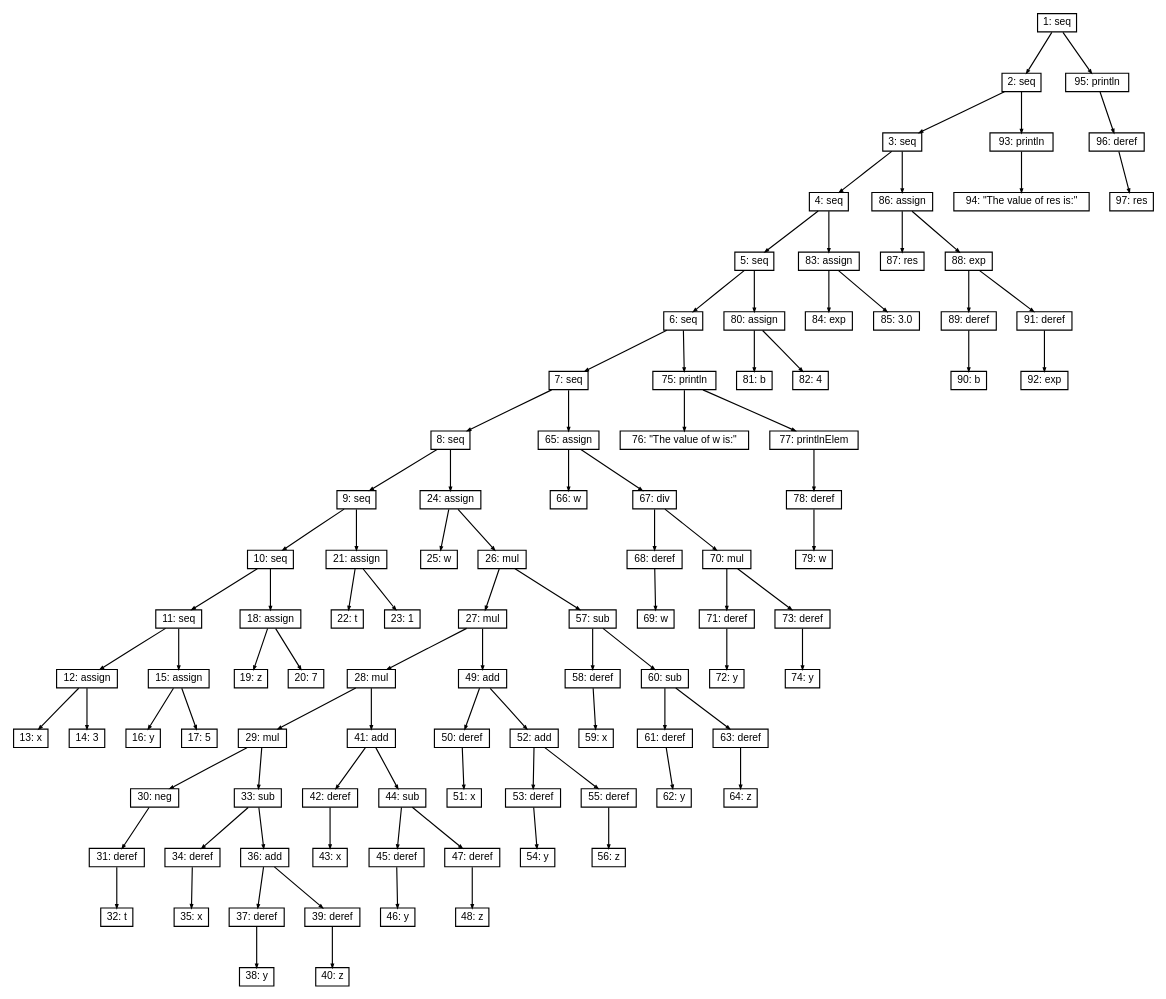
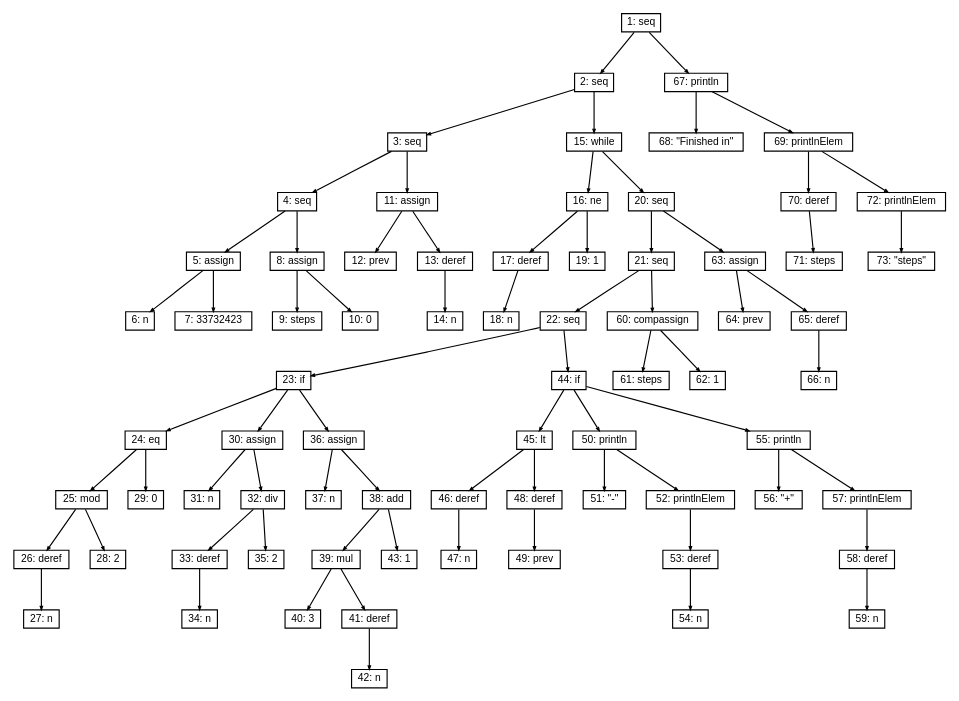
Before and after one commit to LemuelKL/HolloRay: the diagram in rdt.dot, drawn with Graphviz. The commit also changed 11 other files, not shown here.

```diff
--- a/rdt.dot
+++ b/rdt.dot
@@ -1,199 +1,151 @@
 digraph "RDT" {
 node[fontname=Helvetica fontsize=9 shape=box height = 0 width = 0 margin= 0.04]
 graph[ordering=out]
 edge[arrowsize = 0.3]
 
 "1"  [label="1: seq"]
 "1"->"2"
 "2"  [label="2: seq"]
 "2"->"3"
 "3"  [label="3: seq"]
 "3"->"4"
 "4"  [label="4: seq"]
 "4"->"5"
-"5"  [label="5: seq"]
+"5"  [label="5: assign"]
 "5"->"6"
-"6"  [label="6: seq"]
-"6"->"7"
-"7"  [label="7: seq"]
-"7"->"8"
-"8"  [label="8: seq"]
+"6"  [label="6: n"]
+"5"->"7"
+"7"  [label="7: 33732423"]
+"4"->"8"
+"8"  [label="8: assign"]
 "8"->"9"
-"9"  [label="9: seq"]
-"9"->"10"
-"10"  [label="10: seq"]
-"10"->"11"
-"11"  [label="11: seq"]
+"9"  [label="9: steps"]
+"8"->"10"
+"10"  [label="10: 0"]
+"3"->"11"
+"11"  [label="11: assign"]
 "11"->"12"
-"12"  [label="12: assign"]
-"12"->"13"
-"13"  [label="13: x"]
-"12"->"14"
-"14"  [label="14: 3"]
-"11"->"15"
-"15"  [label="15: assign"]
+"12"  [label="12: prev"]
+"11"->"13"
+"13"  [label="13: deref"]
+"13"->"14"
+"14"  [label="14: n"]
+"2"->"15"
+"15"  [label="15: while"]
 "15"->"16"
-"16"  [label="16: y"]
-"15"->"17"
-"17"  [label="17: 5"]
-"10"->"18"
-"18"  [label="18: assign"]
-"18"->"19"
-"19"  [label="19: z"]
-"18"->"20"
-"20"  [label="20: 7"]
-"9"->"21"
-"21"  [label="21: assign"]
+"16"  [label="16: ne"]
+"16"->"17"
+"17"  [label="17: deref"]
+"17"->"18"
+"18"  [label="18: n"]
+"16"->"19"
+"19"  [label="19: 1"]
+"15"->"20"
+"20"  [label="20: seq"]
+"20"->"21"
+"21"  [label="21: seq"]
 "21"->"22"
-"22"  [label="22: t"]
-"21"->"23"
-"23"  [label="23: 1"]
-"8"->"24"
-"24"  [label="24: assign"]
+"22"  [label="22: seq"]
+"22"->"23"
+"23"  [label="23: if"]
+"23"->"24"
+"24"  [label="24: eq"]
 "24"->"25"
-"25"  [label="25: w"]
-"24"->"26"
-"26"  [label="26: mul"]
+"25"  [label="25: mod"]
+"25"->"26"
+"26"  [label="26: deref"]
 "26"->"27"
-"27"  [label="27: mul"]
-"27"->"28"
-"28"  [label="28: mul"]
-"28"->"29"
-"29"  [label="29: mul"]
-"29"->"30"
-"30"  [label="30: neg"]
+"27"  [label="27: n"]
+"25"->"28"
+"28"  [label="28: 2"]
+"24"->"29"
+"29"  [label="29: 0"]
+"23"->"30"
+"30"  [label="30: assign"]
 "30"->"31"
-"31"  [label="31: deref"]
-"31"->"32"
-"32"  [label="32: t"]
-"29"->"33"
-"33"  [label="33: sub"]
+"31"  [label="31: n"]
+"30"->"32"
+"32"  [label="32: div"]
+"32"->"33"
+"33"  [label="33: deref"]
 "33"->"34"
-"34"  [label="34: deref"]
-"34"->"35"
-"35"  [label="35: x"]
-"33"->"36"
-"36"  [label="36: add"]
+"34"  [label="34: n"]
+"32"->"35"
+"35"  [label="35: 2"]
+"23"->"36"
+"36"  [label="36: assign"]
 "36"->"37"
-"37"  [label="37: deref"]
-"37"->"38"
-"38"  [label="38: y"]
-"36"->"39"
-"39"  [label="39: deref"]
+"37"  [label="37: n"]
+"36"->"38"
+"38"  [label="38: add"]
+"38"->"39"
+"39"  [label="39: mul"]
 "39"->"40"
-"40"  [label="40: z"]
-"28"->"41"
-"41"  [label="41: add"]
+"40"  [label="40: 3"]
+"39"->"41"
+"41"  [label="41: deref"]
 "41"->"42"
-"42"  [label="42: deref"]
-"42"->"43"
-"43"  [label="43: x"]
-"41"->"44"
-"44"  [label="44: sub"]
+"42"  [label="42: n"]
+"38"->"43"
+"43"  [label="43: 1"]
+"22"->"44"
+"44"  [label="44: if"]
 "44"->"45"
-"45"  [label="45: deref"]
+"45"  [label="45: lt"]
 "45"->"46"
-"46"  [label="46: y"]
-"44"->"47"
-"47"  [label="47: deref"]
-"47"->"48"
-"48"  [label="48: z"]
-"27"->"49"
-"49"  [label="49: add"]
-"49"->"50"
-"50"  [label="50: deref"]
+"46"  [label="46: deref"]
+"46"->"47"
+"47"  [label="47: n"]
+"45"->"48"
+"48"  [label="48: deref"]
+"48"->"49"
+"49"  [label="49: prev"]
+"44"->"50"
+"50"  [label="50: println"]
 "50"->"51"
-"51"  [label="51: x"]
-"49"->"52"
-"52"  [label="52: add"]
+"51"  [label="51: \"-\""]
+"50"->"52"
+"52"  [label="52: printlnElem"]
 "52"->"53"
 "53"  [label="53: deref"]
 "53"->"54"
-"54"  [label="54: y"]
-"52"->"55"
-"55"  [label="55: deref"]
+"54"  [label="54: n"]
+"44"->"55"
+"55"  [label="55: println"]
 "55"->"56"
-"56"  [label="56: z"]
-"26"->"57"
-"57"  [label="57: sub"]
+"56"  [label="56: \"+\""]
+"55"->"57"
+"57"  [label="57: printlnElem"]
 "57"->"58"
 "58"  [label="58: deref"]
 "58"->"59"
-"59"  [label="59: x"]
-"57"->"60"
-"60"  [label="60: sub"]
+"59"  [label="59: n"]
+"21"->"60"
+"60"  [label="60: compassign"]
 "60"->"61"
-"61"  [label="61: deref"]
-"61"->"62"
-"62"  [label="62: y"]
-"60"->"63"
-"63"  [label="63: deref"]
+"61"  [label="61: steps"]
+"60"->"62"
+"62"  [label="62: 1"]
+"20"->"63"
+"63"  [label="63: assign"]
 "63"->"64"
-"64"  [label="64: z"]
-"7"->"65"
-"65"  [label="65: assign"]
+"64"  [label="64: prev"]
+"63"->"65"
+"65"  [label="65: deref"]
 "65"->"66"
-"66"  [label="66: w"]
-"65"->"67"
-"67"  [label="67: div"]
+"66"  [label="66: n"]
+"1"->"67"
+"67"  [label="67: println"]
 "67"->"68"
-"68"  [label="68: deref"]
-"68"->"69"
-"69"  [label="69: w"]
-"67"->"70"
-"70"  [label="70: mul"]
+"68"  [label="68: \"Finished in\""]
+"67"->"69"
+"69"  [label="69: printlnElem"]
+"69"->"70"
+"70"  [label="70: deref"]
 "70"->"71"
-"71"  [label="71: deref"]
-"71"->"72"
-"72"  [label="72: y"]
-"70"->"73"
-"73"  [label="73: deref"]
-"73"->"74"
-"74"  [label="74: y"]
-"6"->"75"
-"75"  [label="75: println"]
-"75"->"76"
-"76"  [label="76: \"The value of w is:\""]
-"75"->"77"
-"77"  [label="77: printlnElem"]
-"77"->"78"
-"78"  [label="78: deref"]
-"78"->"79"
-"79"  [label="79: w"]
-"5"->"80"
-"80"  [label="80: assign"]
-"80"->"81"
-"81"  [label="81: b"]
-"80"->"82"
-"82"  [label="82: 4"]
-"4"->"83"
-"83"  [label="83: assign"]
-"83"->"84"
-"84"  [label="84: exp"]
-"83"->"85"
-"85"  [label="85: 3.0"]
-"3"->"86"
-"86"  [label="86: assign"]
-"86"->"87"
-"87"  [label="87: res"]
-"86"->"88"
-"88"  [label="88: exp"]
-"88"->"89"
-"89"  [label="89: deref"]
-"89"->"90"
-"90"  [label="90: b"]
-"88"->"91"
-"91"  [label="91: deref"]
-"91"->"92"
-"92"  [label="92: exp"]
-"2"->"93"
-"93"  [label="93: println"]
-"93"->"94"
-"94"  [label="94: \"The value of res is:\""]
-"1"->"95"
-"95"  [label="95: println"]
-"95"->"96"
-"96"  [label="96: deref"]
-"96"->"97"
-"97"  [label="97: res"]
+"71"  [label="71: steps"]
+"69"->"72"
+"72"  [label="72: printlnElem"]
+"72"->"73"
+"73"  [label="73: \"steps\""]
 }
```
